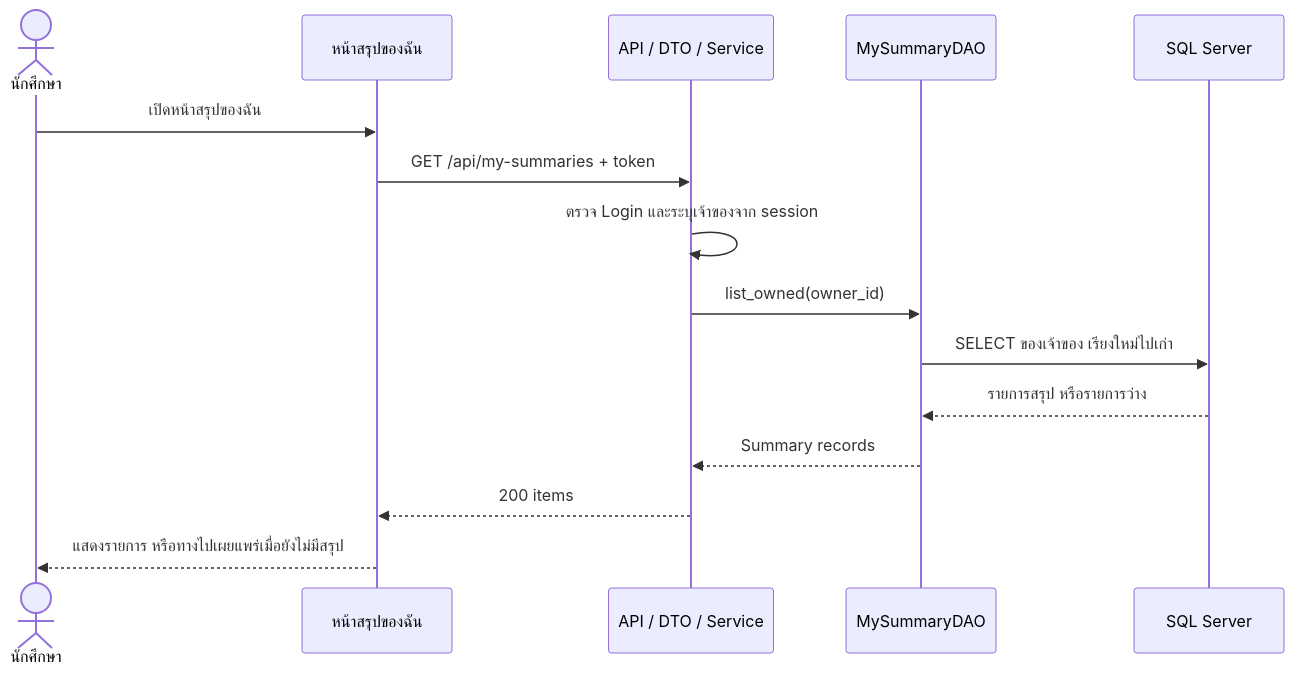
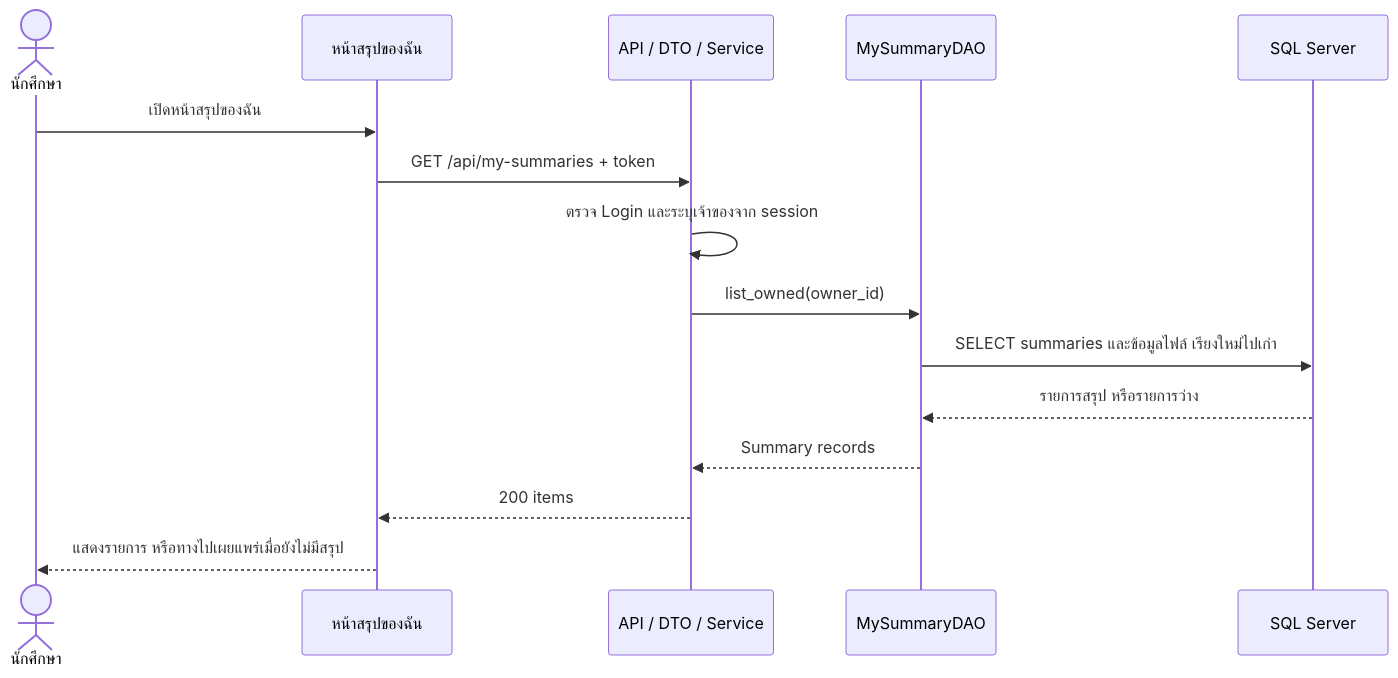
One commit to Lilieay/cs261-group4-100001 changed the diagram in docs/U7/design/diagrams/task101-my-list.mmd. Above: the diagram before and after it, drawn with Mermaid. The commit also changed 13 other files, not shown here.

Commit message:
docs(task101): align PDF updates with shared schema

```diff
--- a/docs/U7/design/diagrams/task101-my-list.mmd
+++ b/docs/U7/design/diagrams/task101-my-list.mmd
@@ -1,15 +1,15 @@
 sequenceDiagram
     actor Student as นักศึกษา
     participant UI as หน้าสรุปของฉัน
     participant API as API / DTO / Service
     participant DAO as MySummaryDAO
     participant SQL as SQL Server
     Student->>UI: เปิดหน้าสรุปของฉัน
     UI->>API: GET /api/my-summaries + token
     API->>API: ตรวจ Login และระบุเจ้าของจาก session
     API->>DAO: list_owned(owner_id)
-    DAO->>SQL: SELECT ของเจ้าของ เรียงใหม่ไปเก่า
+    DAO->>SQL: SELECT summaries และข้อมูลไฟล์ เรียงใหม่ไปเก่า
     SQL-->>DAO: รายการสรุป หรือรายการว่าง
     DAO-->>API: Summary records
     API-->>UI: 200 items
     UI-->>Student: แสดงรายการ หรือทางไปเผยแพร่เมื่อยังไม่มีสรุป
```
